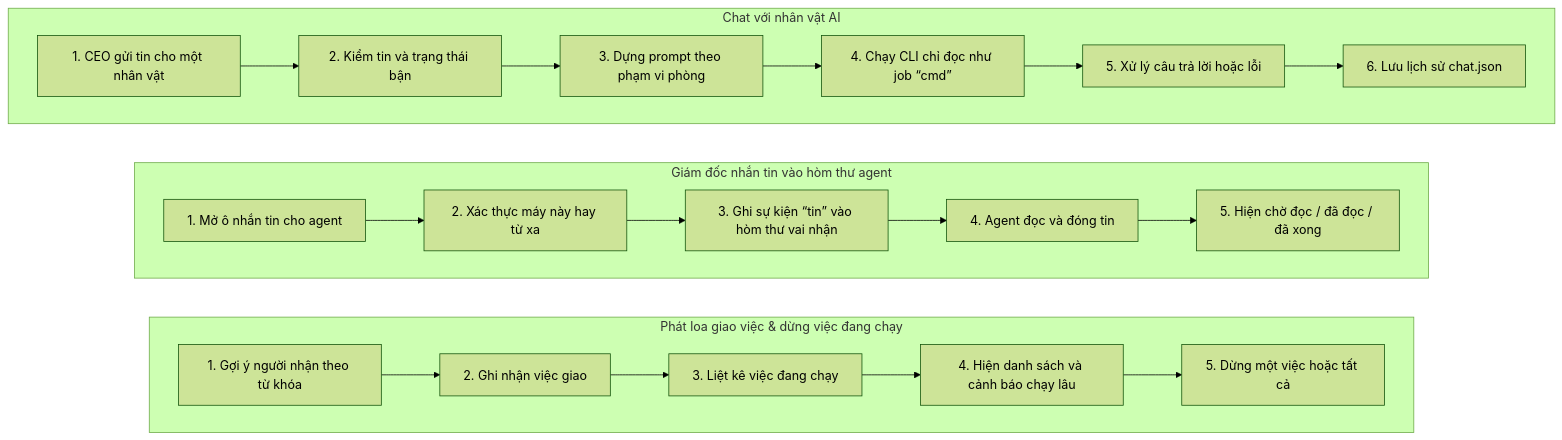
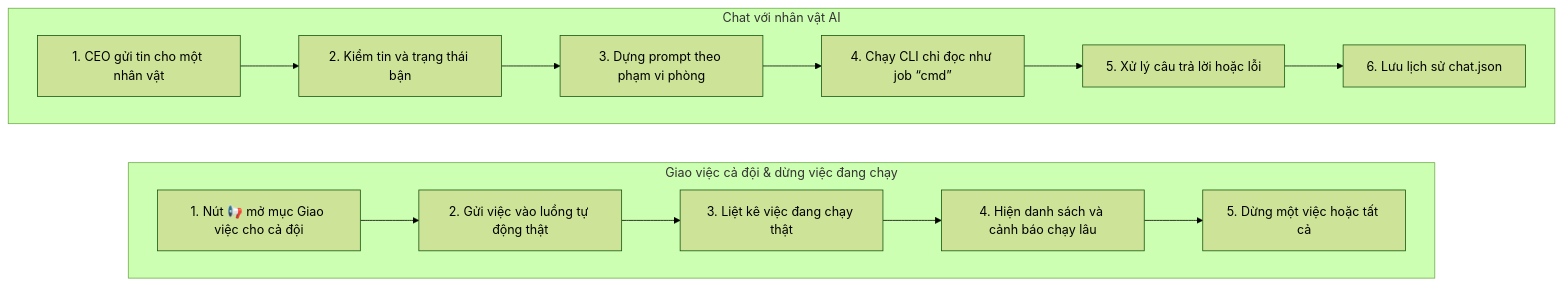
One commit to Thequancute215-sys/V-n-ph-ng-ch-nh-ph- changed the fifth of 10 diagrams in docs/BAN-DO-HE-THONG.md. Above: the diagram before and after it, drawn with Mermaid (forest theme). The commit also changed other lines of this file and 15 other files, not shown here.

````diff
--- a/docs/BAN-DO-HE-THONG.md
+++ b/docs/BAN-DO-HE-THONG.md
@@ -445,43 +443,30 @@
 ```mermaid
 flowchart TD
   subgraph flow_chat_nhan_vat["Chat với nhân vật AI"]
     direction LR
     step_chat_nhan_vat_gui_tin["1. CEO gửi tin cho một nhân vật"]
     step_chat_nhan_vat_kiem_tin["2. Kiểm tin và trạng thái bận"]
     step_chat_nhan_vat_dung_prompt["3. Dựng prompt theo phạm vi phòng"]
     step_chat_nhan_vat_chay_cli["4. Chạy CLI chỉ đọc như job “cmd”"]
     step_chat_nhan_vat_xu_ly_tra_loi["5. Xử lý câu trả lời hoặc lỗi"]
     step_chat_nhan_vat_luu_lich_su["6. Lưu lịch sử chat.json"]
     step_chat_nhan_vat_gui_tin --> step_chat_nhan_vat_kiem_tin
     step_chat_nhan_vat_kiem_tin --> step_chat_nhan_vat_dung_prompt
     step_chat_nhan_vat_dung_prompt --> step_chat_nhan_vat_chay_cli
     step_chat_nhan_vat_chay_cli --> step_chat_nhan_vat_xu_ly_tra_loi
     step_chat_nhan_vat_xu_ly_tra_loi --> step_chat_nhan_vat_luu_lich_su
   end
-  subgraph flow_nhan_tin_hom_thu["Giám đốc nhắn tin vào hòm thư agent"]
+  subgraph flow_giao_viec_ca_doi["Giao việc cả đội & dừng việc đang chạy"]
     direction LR
-    step_nhan_tin_hom_thu_mo_o_nhan["1. Mở ô nhắn tin cho agent"]
-    step_nhan_tin_hom_thu_xac_thuc["2. Xác thực máy này hay từ xa"]
-    step_nhan_tin_hom_thu_ghi_tin["3. Ghi sự kiện “tin” vào hòm thư vai nhận"]
-    step_nhan_tin_hom_thu_agent_doc["4. Agent đọc và đóng tin"]
-    step_nhan_tin_hom_thu_hien_trang_thai["5. Hiện chờ đọc / đã đọc / đã xong"]
-    step_nhan_tin_hom_thu_mo_o_nhan --> step_nhan_tin_hom_thu_xac_thuc
-    step_nhan_tin_hom_thu_xac_thuc --> step_nhan_tin_hom_thu_ghi_tin
-    step_nhan_tin_hom_thu_ghi_tin --> step_nhan_tin_hom_thu_agent_doc
-    step_nhan_tin_hom_thu_agent_doc --> step_nhan_tin_hom_thu_hien_trang_thai
+    step_giao_viec_ca_doi_mo_ban_giao_viec["1. Nút 📢 mở mục Giao việc cho cả đội"]
+    step_giao_viec_ca_doi_bat_luong_tu_dong["2. Gửi việc vào luồng tự động thật"]
+    step_giao_viec_ca_doi_liet_ke["3. Liệt kê việc đang chạy thật"]
+    step_giao_viec_ca_doi_hien_canh_bao["4. Hiện danh sách và cảnh báo chạy lâu"]
+    step_giao_viec_ca_doi_dung_viec["5. Dừng một việc hoặc tất cả"]
+    step_giao_viec_ca_doi_mo_ban_giao_viec --> step_giao_viec_ca_doi_bat_luong_tu_dong
+    step_giao_viec_ca_doi_bat_luong_tu_dong --> step_giao_viec_ca_doi_liet_ke
+    step_giao_viec_ca_doi_liet_ke --> step_giao_viec_ca_doi_hien_canh_bao
+    step_giao_viec_ca_doi_hien_canh_bao --> step_giao_viec_ca_doi_dung_viec
   end
-  subgraph flow_phat_loa_giao_viec["Phát loa giao việc & dừng việc đang chạy"]
-    direction LR
-    step_phat_loa_giao_viec_goi_y["1. Gợi ý người nhận theo từ khóa"]
-    step_phat_loa_giao_viec_ghi_nhan["2. Ghi nhận việc giao"]
-    step_phat_loa_giao_viec_liet_ke["3. Liệt kê việc đang chạy"]
-    step_phat_loa_giao_viec_hien_canh_bao["4. Hiện danh sách và cảnh báo chạy lâu"]
-    step_phat_loa_giao_viec_dung_viec["5. Dừng một việc hoặc tất cả"]
-    step_phat_loa_giao_viec_goi_y --> step_phat_loa_giao_viec_ghi_nhan
-    step_phat_loa_giao_viec_ghi_nhan --> step_phat_loa_giao_viec_liet_ke
-    step_phat_loa_giao_viec_liet_ke --> step_phat_loa_giao_viec_hien_canh_bao
-    step_phat_loa_giao_viec_hien_canh_bao --> step_phat_loa_giao_viec_dung_viec
-  end
-  flow_chat_nhan_vat ~~~ flow_nhan_tin_hom_thu
-  flow_nhan_tin_hom_thu ~~~ flow_phat_loa_giao_viec
+  flow_chat_nhan_vat ~~~ flow_giao_viec_ca_doi
 ```
````
